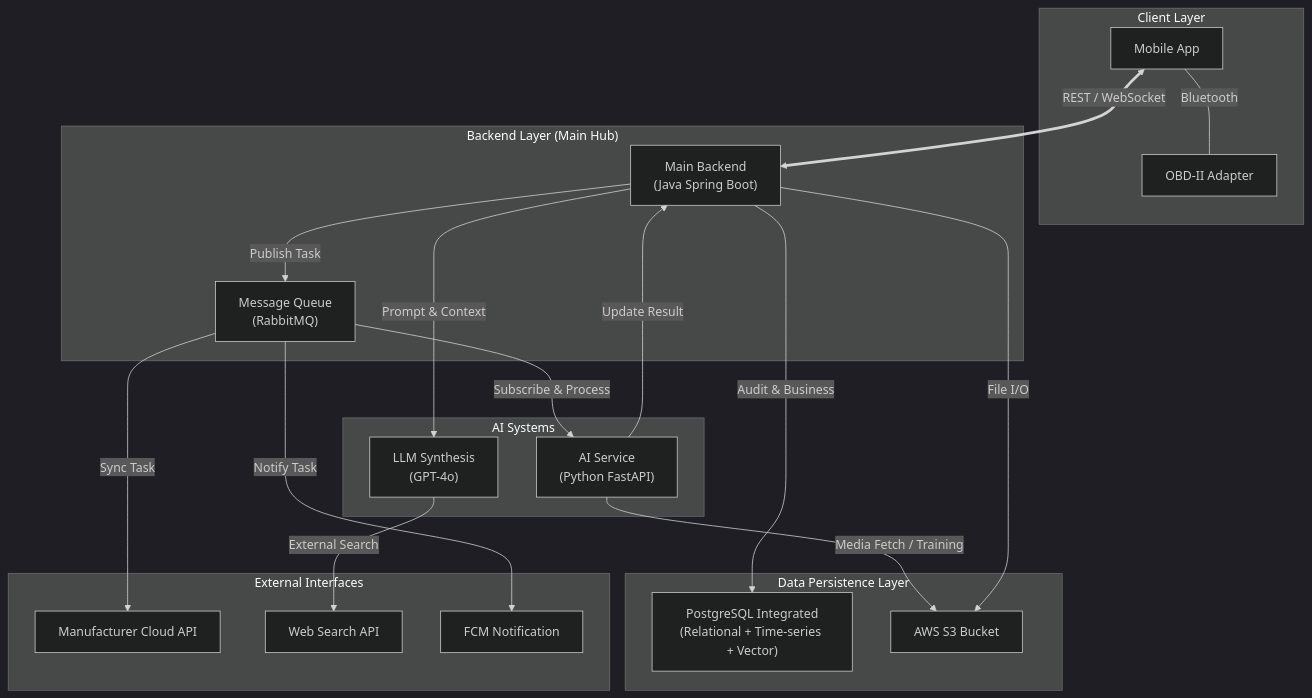
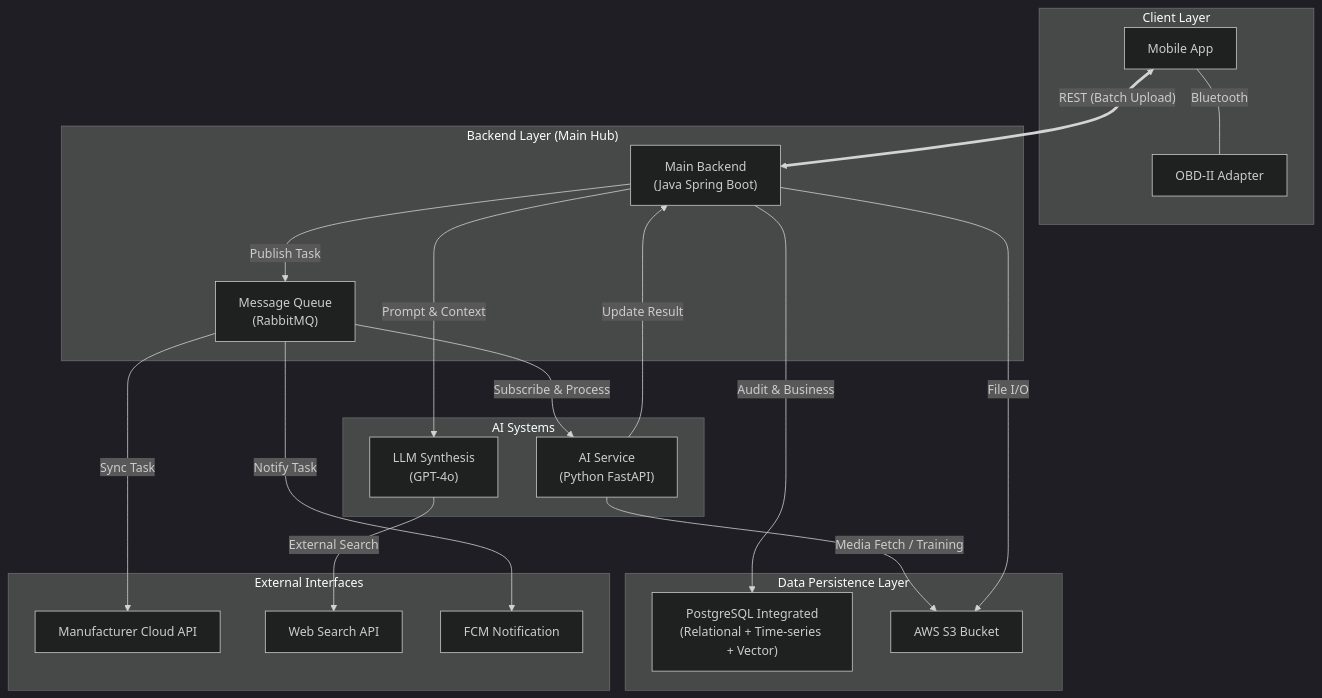
Before and after one commit to leejunhyuk1061204/AI-5-main-project: the second of 4 diagrams in Docs/기술_구현_가이드라인.md, drawn with Mermaid (dark theme). The commit also changed other lines of this file and 4 other files, not shown here.

````diff
--- a/Docs/기술_구현_가이드라인.md
+++ b/Docs/기술_구현_가이드라인.md
@@ -414,49 +415,49 @@
 ```mermaid
 graph TD
     %% Client Layer
     subgraph Client_Layer["Client Layer"]
         App[Mobile App]
         OBD_Dongle[OBD-II Adapter]
         App -- "Bluetooth" --- OBD_Dongle
     end
 
     %% Backend Layer (Main Hub)
     subgraph Backend_Layer["Backend Layer (Main Hub)"]
         Gateway["Main Backend<br/>(Java Spring Boot)"]
         MQ["Message Queue<br/>(RabbitMQ)"]
         Gateway -- "Publish Task" --> MQ
     end
 
     %% AI Systems
     subgraph AI_Systems["AI Systems"]
         AI_Service["AI Service<br/>(Python FastAPI)"]
         LLM_Agent["LLM Synthesis<br/>(GPT-4o)"]
     end
 
     %% Data Persistence
     subgraph Data_Persistence["Data Persistence Layer"]
         Postgres_All["PostgreSQL Integrated<br/>(Relational + Time-series + Vector)"]
         S3_Bucket[AWS S3 Bucket]
     end
 
     %% External Interfaces
     subgraph External_Interfaces["External Interfaces"]
         Cloud_API[Manufacturer Cloud API]
         Tavily_Search[Web Search API]
         PushSvc[FCM Notification]
     end
 
     %% Async Workflow
-    App <== "REST / WebSocket" ==> Gateway
+    App <== "REST (Batch Upload)" ==> Gateway
     MQ -- "Subscribe & Process" --> AI_Service
     MQ -- "Sync Task" --> Cloud_API
     MQ -- "Notify Task" --> PushSvc
     
     AI_Service -- "Media Fetch / Training" --> S3_Bucket
     AI_Service -- "Update Result" --> Gateway
     Gateway -- "Prompt & Context" --> LLM_Agent
     LLM_Agent -- "External Search" --> Tavily_Search
     
     Gateway -- "Audit & Business" --> Postgres_All
     Gateway -- "File I/O" --> S3_Bucket
 ```
````
